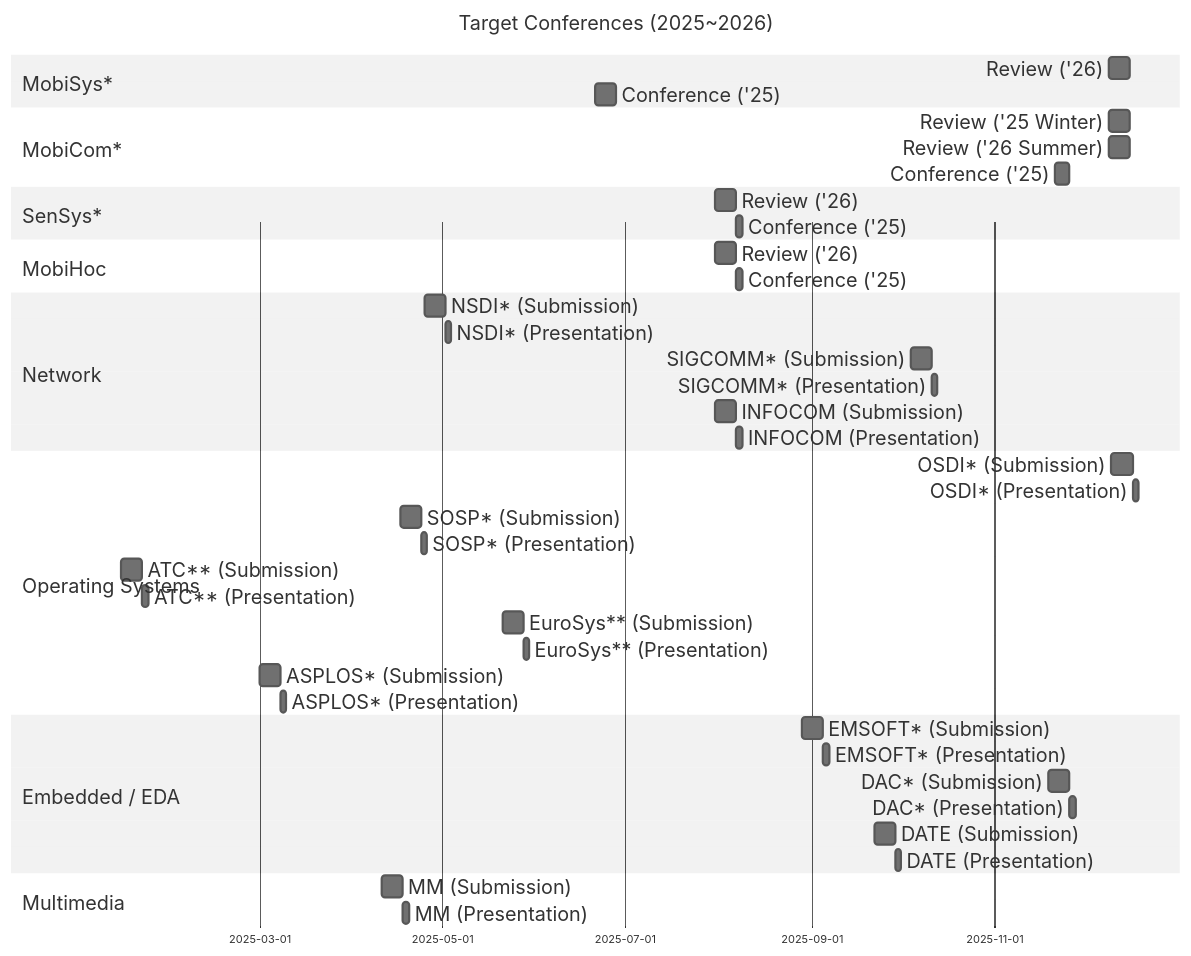
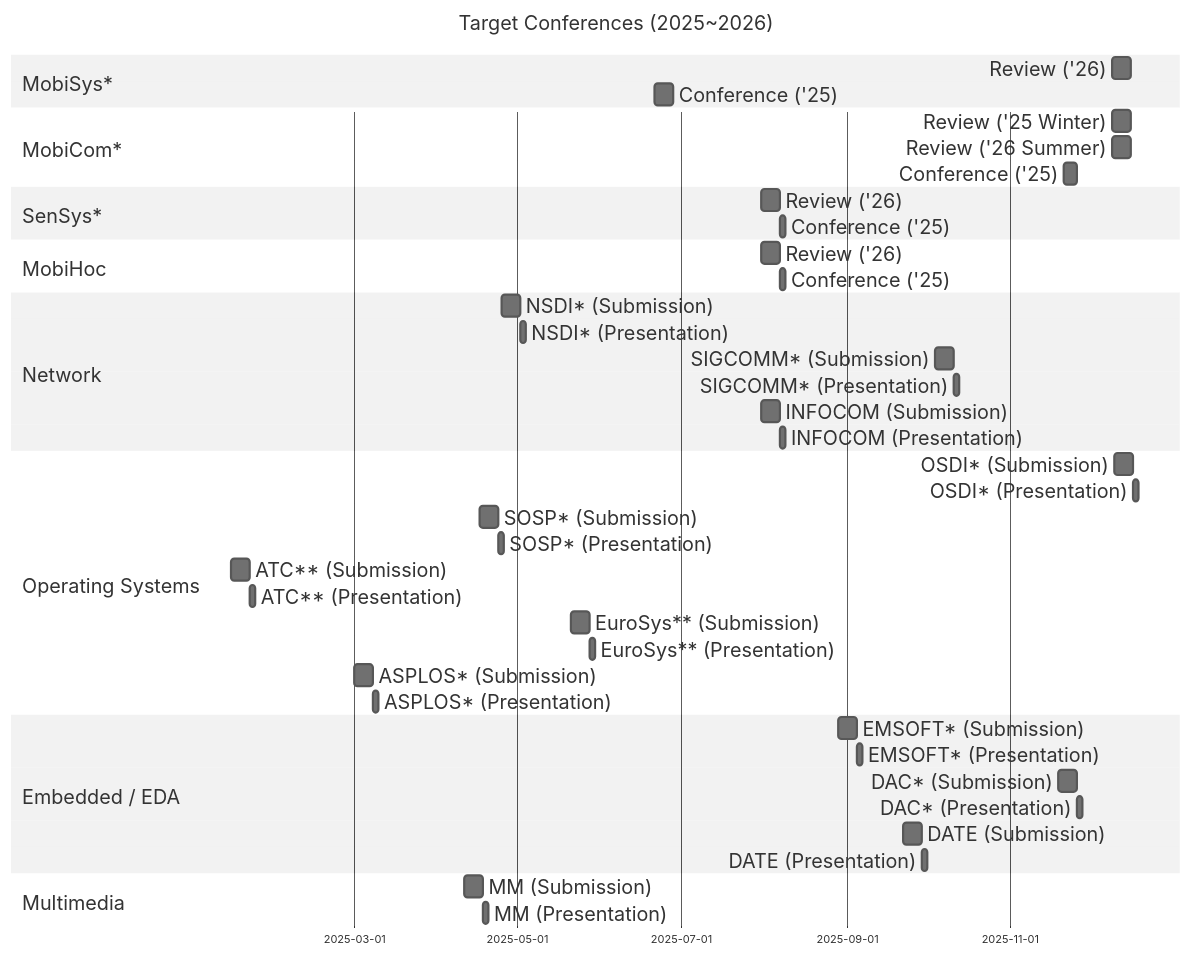
One commit to iamseonghoon/Mobile-Systems-Conference-Timelines changed the diagram in README.md. Above: the diagram before and after it, drawn with Mermaid.

````diff
--- a/README.md
+++ b/README.md
@@ -5,79 +5,79 @@
 ```mermaid
 %%{init: {'theme': 'neutral',
 'themeVariables': {
       'fontSize': '18px'},
 "gantt": {
       "fontSize": 18,
       "sectionFontSize": 18,
-      "leftPadding": 100,
-      "gridLineStartPadding": 200
+      "leftPadding": 200,
+      "gridLineStartPadding": 100
   }}}%%
 gantt
     dateFormat  YYYY-MM-DD
     tickInterval 2month
     title Target Conferences (2025~2026)
 
     %% --------------------------
     %% Mobile
     %% --------------------------
     section MobiSys*
     Review ('26)        :mobisys-review,    2025-12-09, 7d
     Conference ('25)      :mobisys-conf,    2025-06-21, 7d
     
     section MobiCom*
     Review ('25 Winter)       :mobicom-review1,    2025-12-09, 7d
     Review ('26 Summer)       :mobicom-review2,    2025-12-09, 7d
     Conference ('25)          :mobicom-conf,    2025-11-21, 5d
 
     section SenSys*
     Review ('26)        :sens-sub,  2025-07-31, 7d
     Conference ('25)      :sens-pres, after sens-sub, 2d
 
     section MobiHoc
     Review ('26)        :sens-sub,  2025-07-31, 7d
     Conference ('25)      :sens-pres, after sens-sub, 2d
 
     %% --------------------------
     %% Network
     %% --------------------------
     section Network
     NSDI* (Submission)          :nsdi-sub,  2025-04-25, 7d
     NSDI* (Presentation)        :nsdi-pres, after nsdi-sub, 2d
     SIGCOMM* (Submission)       :sig-sub,   2025-10-04, 7d
     SIGCOMM* (Presentation)     :sig-pres,  after sig-sub, 2d
     INFOCOM (Submission)        :info-sub,  2025-07-31, 7d
     INFOCOM (Presentation)      :info-pres, after info-sub, 2d
 
     %% --------------------------
     %% Operating Systems
     %% --------------------------
     section Operating Systems
     OSDI* (Submission)          :osdi-sub,  2025-12-10, 7d
     OSDI* (Presentation)        :osdi-pres, after osdi-sub, 2d
     SOSP* (Submission)          :sosp-sub,  2025-04-17, 7d
     SOSP* (Presentation)        :sosp-pres, after sosp-sub, 2d
     ATC** (Submission)          :atc-sub,   2025-01-14, 7d
     ATC** (Presentation)        :atc-pres,  after atc-sub, 2d
     EuroSys** (Submission)      :euros-sub, 2025-05-21, 7d
     EuroSys** (Presentation)    :euros-pres,after euros-sub, 2d
     ASPLOS* (Submission)        :aspl-sub,  2025-03-01, 7d
     ASPLOS* (Presentation)      :aspl-pres, after aspl-sub, 2d
 
     %% --------------------------
     %% Embedded / EDA
     %% --------------------------
     section Embedded / EDA
     EMSOFT* (Submission)        :ems-sub,   2025-08-29, 7d
     EMSOFT* (Presentation)      :ems-pres,  after ems-sub, 2d
     DAC* (Submission)           :dac-sub,   2025-11-19, 7d
     DAC* (Presentation)         :dac-pres,  after dac-sub, 2d
     DATE (Submission)           :date-sub,  2025-09-22, 7d
     DATE (Presentation)         :date-pres, after date-sub, 2d
 
     %% --------------------------
     %% Multimedia
     %% --------------------------
     section Multimedia
     MM (Submission)             :mm-sub,    2025-04-11, 7d
     MM (Presentation)           :mm-pres,   after mm-sub, 2d
 ```
````
